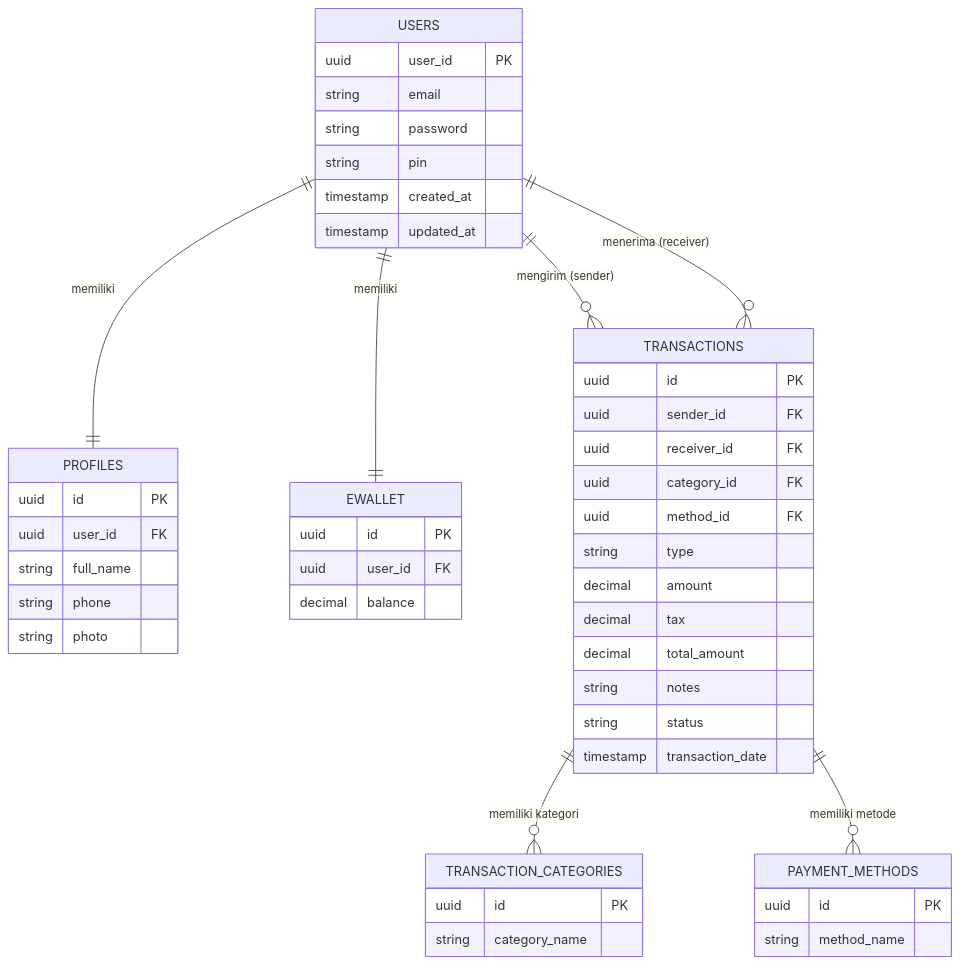
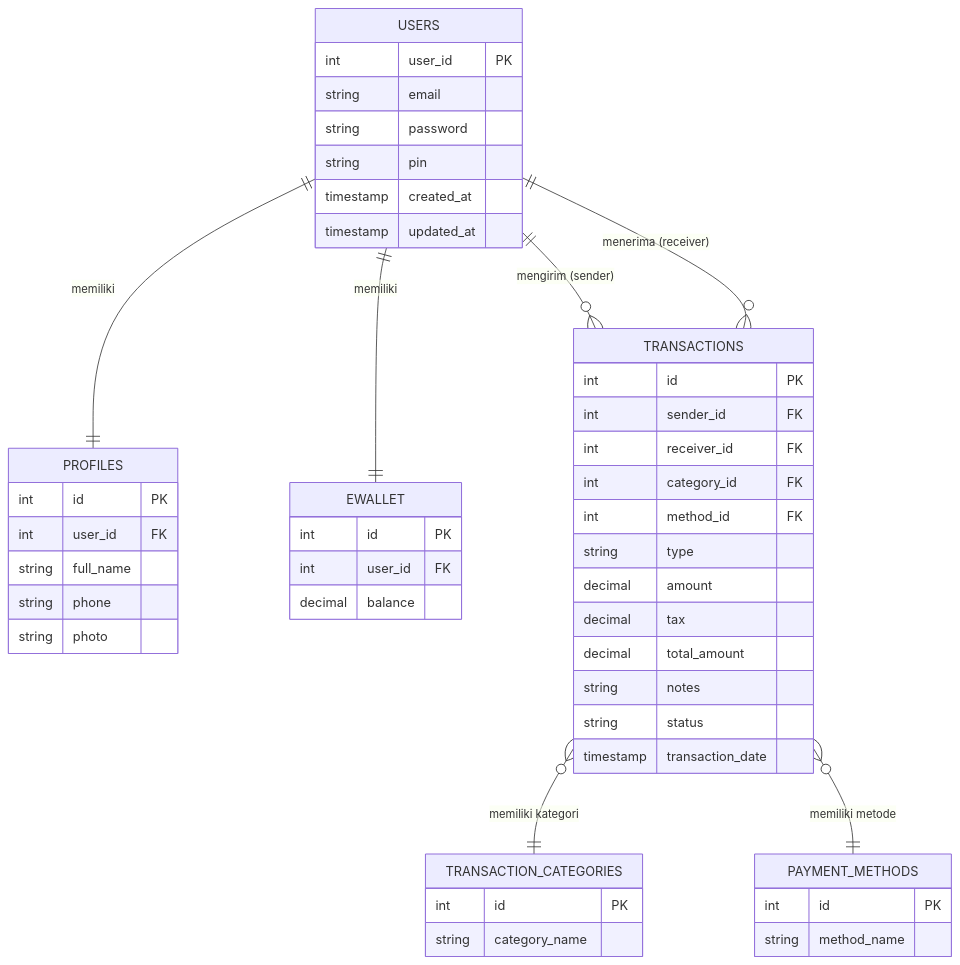
The diagram in README.md (Akmalrian/koda-b7-db), drawn with Mermaid before and after one commit. The commit also changed 5 other files, not shown here.

````diff
--- a/README.md
+++ b/README.md
@@ -3,60 +3,59 @@
 ```mermaid
 erDiagram
-
     USERS {
-        uuid user_id PK
+        int user_id PK
         string email
         string password
         string pin
         timestamp created_at
         timestamp updated_at
     }
 
     PROFILES {
-        uuid id PK
-        uuid user_id FK
+        int id PK
+        int user_id FK
         string full_name
         string phone
         string photo
     }
 
     EWALLET {
-        uuid id PK
-        uuid user_id FK
+        int id PK
+        int user_id FK
         decimal balance
     }
 
-  TRANSACTIONS {
-    uuid id PK
-    uuid sender_id FK
-    uuid receiver_id FK
-    uuid category_id FK
-    uuid method_id FK
-    string type
-    decimal amount
-    decimal tax
-    decimal total_amount
-    string notes
-    string status
-    timestamp transaction_date
-  }
+    TRANSACTIONS {
+        int id PK
+        int sender_id FK
+        int receiver_id FK
+        int category_id FK
+        int method_id FK
+        string type
+        decimal amount
+        decimal tax
+        decimal total_amount
+        string notes
+        string status
+        timestamp transaction_date
+    }
 
-  TRANSACTION_CATEGORIES {
-    uuid id PK
-    string category_name
-  }
+    TRANSACTION_CATEGORIES {
+        int id PK
+        string category_name
+    }
 
-  PAYMENT_METHODS {
-    uuid id PK
-    string method_name
-  }
+    PAYMENT_METHODS {
+        int id PK
+        string method_name
+    }
 
-USERS ||--|| PROFILES : "memiliki"
-USERS ||--|| EWALLET : "memiliki"
-USERS ||--o{ TRANSACTIONS : "mengirim (sender)"
-USERS ||--o{ TRANSACTIONS : "menerima (receiver)"
-TRANSACTIONS ||--o{ TRANSACTION_CATEGORIES : "memiliki kategori"
-TRANSACTIONS ||--o{ PAYMENT_METHODS : "memiliki metode"
+    USERS ||--|| PROFILES : "memiliki"
+    USERS ||--|| EWALLET : "memiliki"
+    USERS ||--o{ TRANSACTIONS : "mengirim (sender)"
+    USERS ||--o{ TRANSACTIONS : "menerima (receiver)"
+    TRANSACTIONS }o--|| TRANSACTION_CATEGORIES : "memiliki kategori"
+    TRANSACTIONS }o--|| PAYMENT_METHODS : "memiliki metode"
 
 
 ```
````
